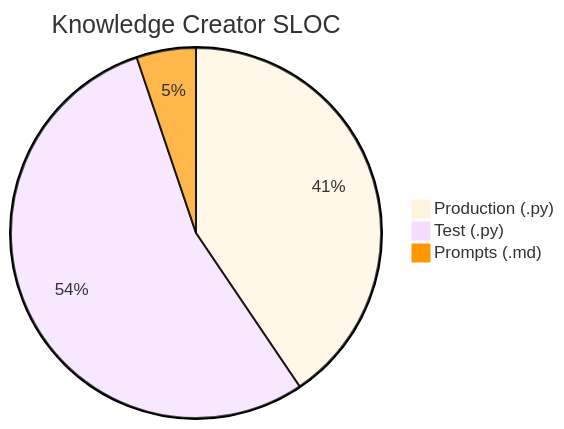
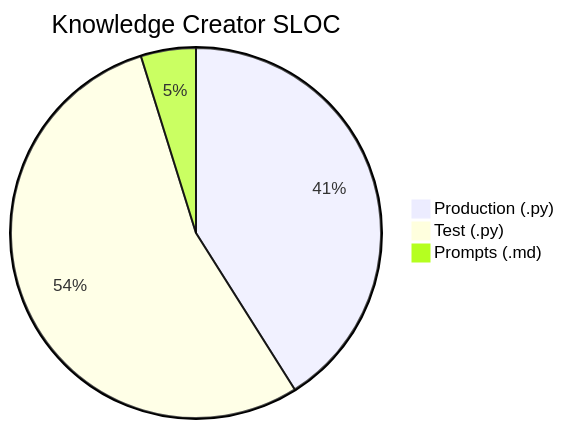
One commit to nablarch/nabledge-dev changed the tenth of 14 diagrams in docs/metrics.md. Above: the diagram before and after it, drawn with Mermaid. The commit also changed other lines of this file and 13372 other files, not shown here.

````diff
--- a/docs/metrics.md
+++ b/docs/metrics.md
@@ -136,7 +135,6 @@
 ```mermaid
-%%{init: {'theme': 'base', 'themeVariables': {'pie3': '#FF9800'}}}%%
 pie title Knowledge Creator SLOC
-  "Production (.py)" : 4703
-  "Test (.py)" : 6294
-  "Prompts (.md)" : 602
+  "Production (.py)" : 4347
+  "Test (.py)" : 5736
+  "Prompts (.md)" : 509
 ```
````
